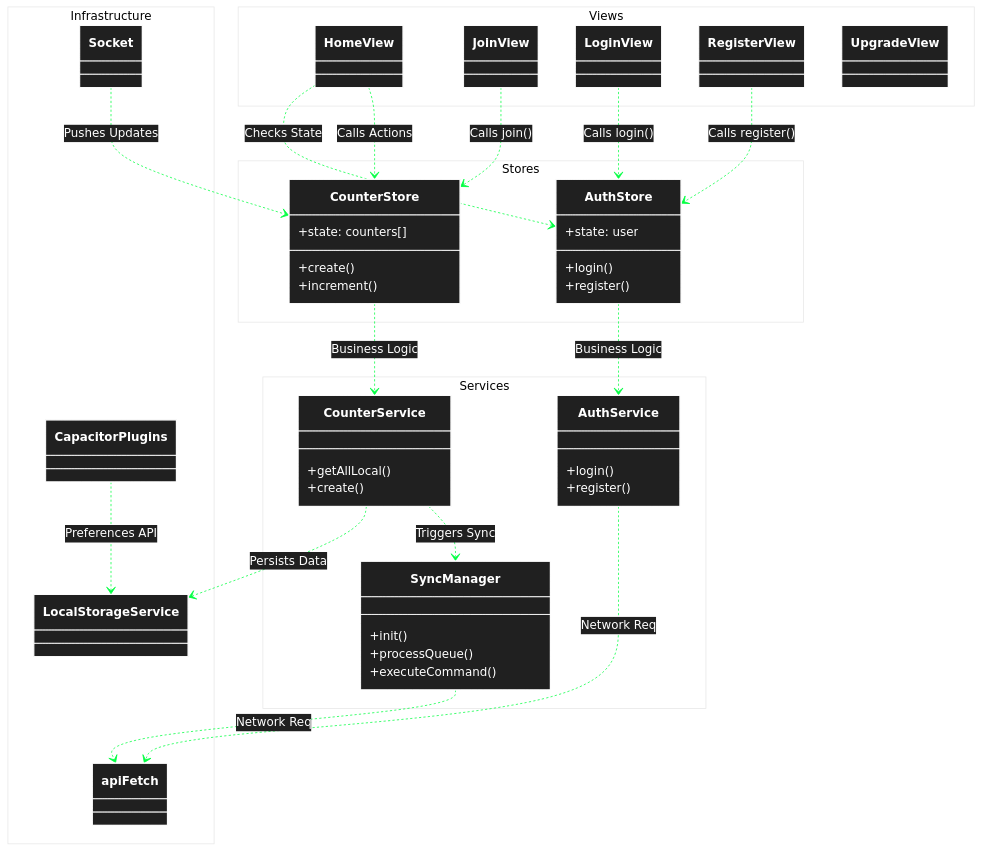
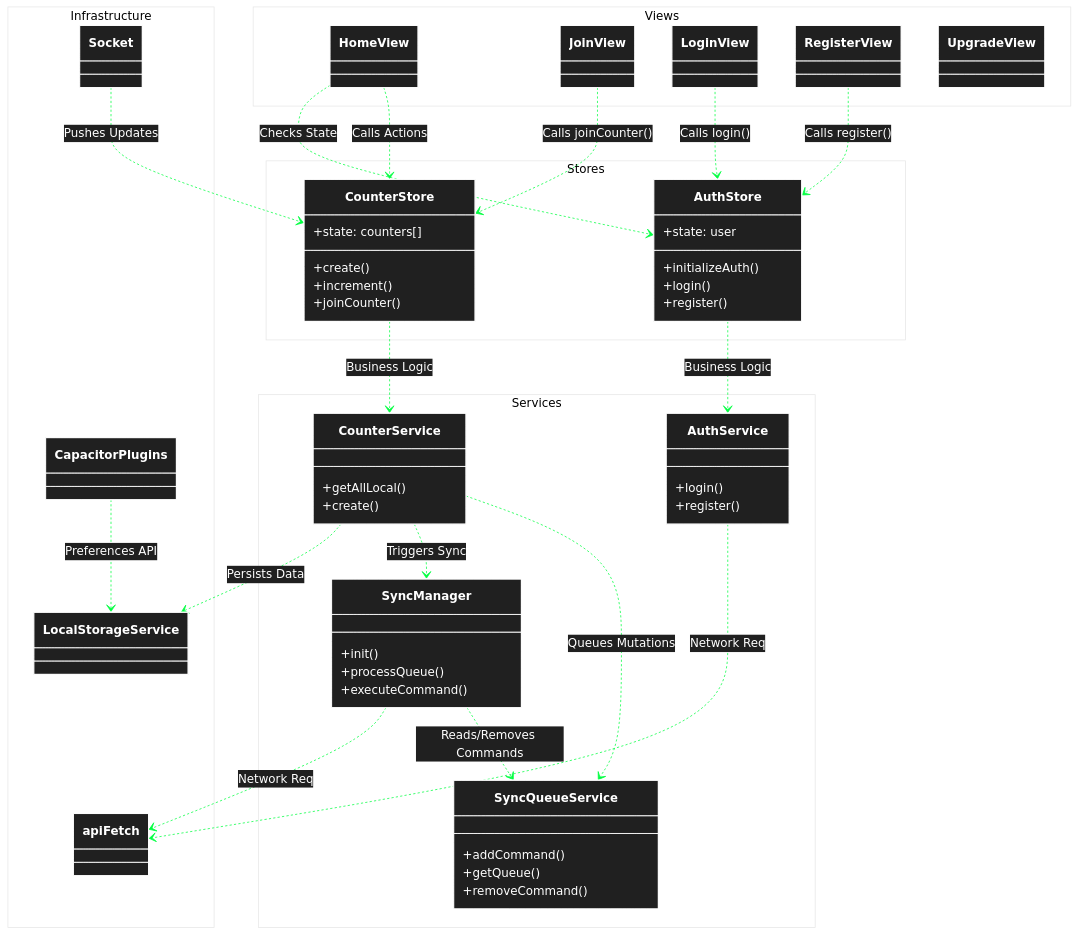
The diagram in docs/diagrams/architecture/client-data-flow.md (michaelgreenl/tally-tracker), drawn with Mermaid before and after one commit. The commit also changed 14 other files, not shown here.

Commit message:
docs: diagram & generated prisma alignment

```diff
--- a/docs/diagrams/architecture/client-data-flow.md
+++ b/docs/diagrams/architecture/client-data-flow.md
@@ -34,9 +34,11 @@
             +state: counters[]
             +create()
             +increment()
+            +joinCounter()
         }
         class AuthStore {
             +state: user
+            +initializeAuth()
             +login()
             +register()
         }
@@ -56,6 +58,11 @@
             +processQueue()
             +executeCommand()
         }
+        class SyncQueueService {
+            +addCommand()
+            +getQueue()
+            +removeCommand()
+        }
     }
 
     namespace Infrastructure {
@@ -68,7 +75,7 @@
     %% Relationships
     HomeView ..> CounterStore : Calls Actions
     HomeView ..> AuthStore : Checks State
-    JoinView ..> CounterStore : Calls join()
+    JoinView ..> CounterStore : Calls joinCounter()
 
     LoginView ..> AuthStore : Calls login()
     RegisterView ..> AuthStore : Calls register()
@@ -76,9 +83,11 @@
     CounterStore ..> CounterService : Business Logic
     AuthStore ..> AuthService : Business Logic
 
+    CounterService ..> SyncQueueService : Queues Mutations
     CounterService ..> SyncManager : Triggers Sync
     CounterService ..> LocalStorageService : Persists Data
 
+    SyncManager ..> SyncQueueService : Reads/Removes Commands
     SyncManager ..> apiFetch : Network Req
     AuthService ..> apiFetch : Network Req
 
```
